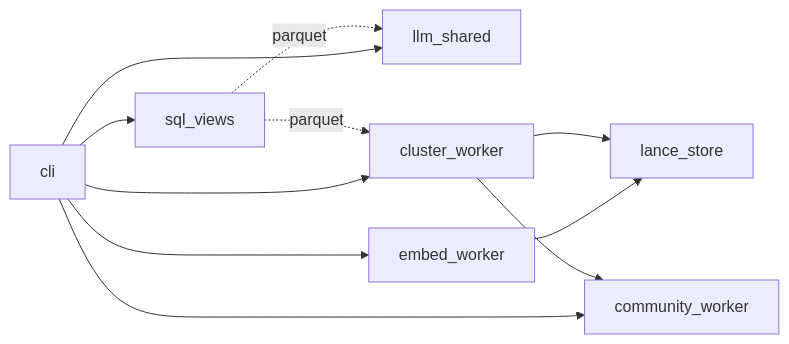
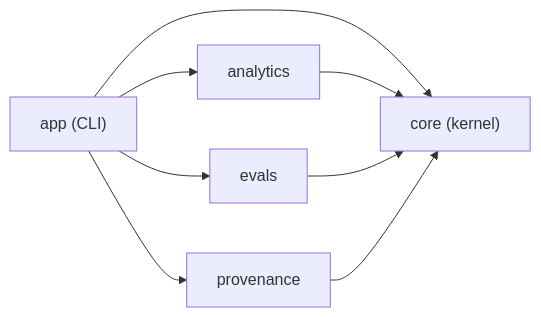
Before and after one commit to theagenticguy/claude-sql: the diagram in docs/architecture/system-overview.md, drawn with Mermaid. The commit also changed other lines of this file and 18 other files, not shown here.

````diff
--- a/docs/architecture/system-overview.md
+++ b/docs/architecture/system-overview.md
@@ -77,21 +32,16 @@
 ```mermaid
 flowchart LR
-    cli["cli"]
-    views["sql_views"]
-    llm["llm_shared"]
-    embed["embed_worker"]
-    lance["lance_store"]
-    cluster["cluster_worker"]
-    community["community_worker"]
+    app["app (CLI)"]
+    analytics["analytics"]
+    evals["evals"]
+    provenance["provenance"]
+    core["core (kernel)"]
 
-    cli --> views
-    cli --> llm
-    cli --> embed
-    cli --> cluster
-    cli --> community
-    embed --> lance
-    cluster --> lance
-    cluster --> community
-    views -.parquet.-> cluster
-    views -.parquet.-> llm
+    app --> analytics
+    app --> evals
+    app --> provenance
+    app --> core
+    analytics --> core
+    evals --> core
+    provenance --> core
 ```
````
